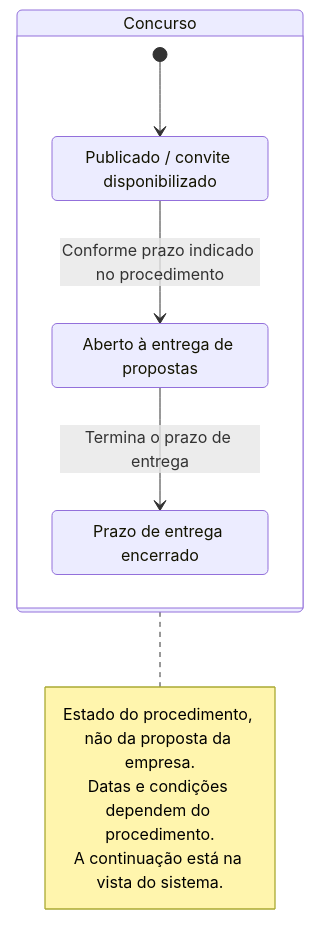
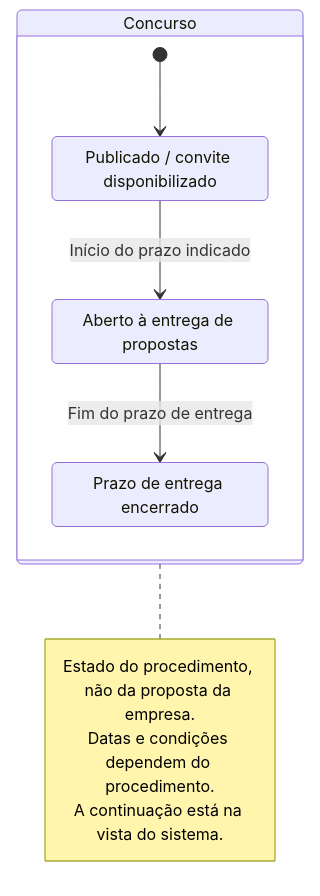
The third of 5 diagrams in context/now/diagrams.md (prumod/cairn-web), drawn with Mermaid before and after one commit. The commit also changed other lines of this file and 8 other files, not shown here.

````diff
--- a/context/now/diagrams.md
+++ b/context/now/diagrams.md
@@ -130,18 +134,18 @@
 ```mermaid
 stateDiagram-v2
     state "Concurso" as Concurso {
         [*] --> Publicado
         state "Publicado / convite disponibilizado" as Publicado
         state "Aberto à entrega de propostas" as Aberto
         state "Prazo de entrega encerrado" as Encerrado
 
-        Publicado --> Aberto: Conforme prazo indicado no procedimento
-        Aberto --> Encerrado: Termina o prazo de entrega
+        Publicado --> Aberto: Início do prazo indicado
+        Aberto --> Encerrado: Fim do prazo de entrega
     }
 
     note right of Concurso
         Estado do procedimento, não da proposta da empresa.
         Datas e condições dependem do procedimento.
         A continuação está na vista do sistema.
     end note
 ```
````
